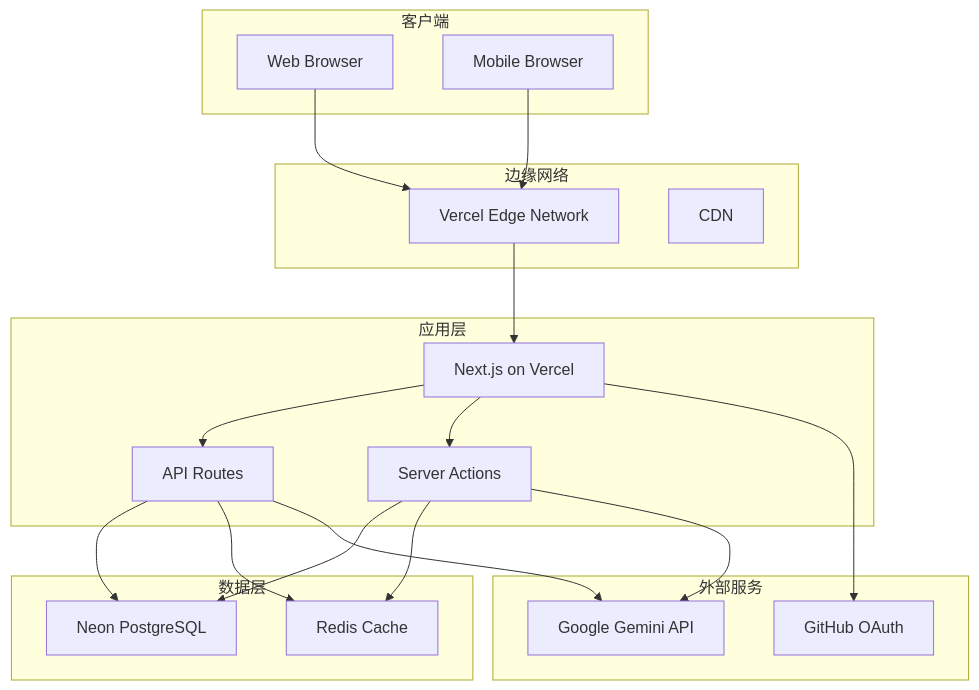
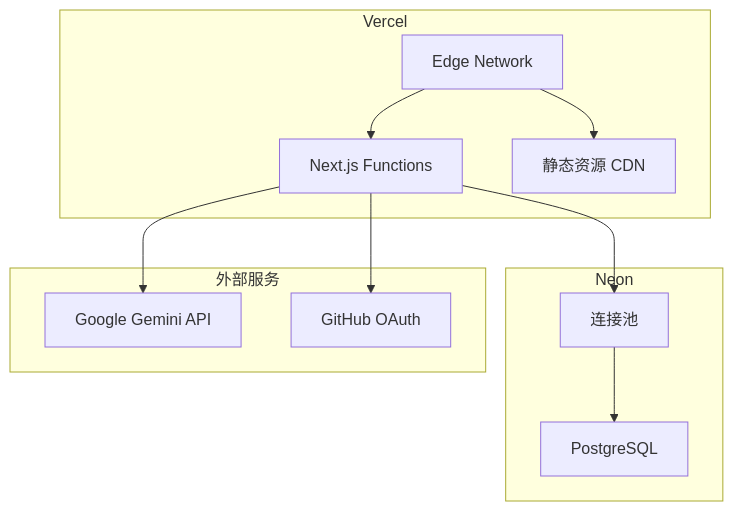
The fifth of 5 diagrams in docs/architecture.md (GeminiProjects/quizgen), drawn with Mermaid before and after one commit. The commit also changed other lines of this file and 5 other files, not shown here.

````diff
--- a/docs/architecture.md
+++ b/docs/architecture.md
@@ -292,41 +241,25 @@
 ```mermaid
 graph TB
-    subgraph "客户端"
-        A[Web Browser]
-        B[Mobile Browser]
+    subgraph Vercel
+        A[Edge Network]
+        B[Next.js Functions]
+        C[静态资源 CDN]
     end
     
-    subgraph "边缘网络"
-        C[Vercel Edge Network]
-        D[CDN]
+    subgraph Neon
+        D[PostgreSQL]
+        E[连接池]
     end
     
-    subgraph "应用层"
-        E[Next.js on Vercel]
-        F[API Routes]
-        G[Server Actions]
+    subgraph 外部服务
+        F[Google Gemini API]
+        G[GitHub OAuth]
     end
     
-    subgraph "数据层"
-        H[Neon PostgreSQL]
-        I[Redis Cache]
-    end
-    
-    subgraph "外部服务"
-        J[Google Gemini API]
-        K[GitHub OAuth]
-    end
-    
+    A --> B
     A --> C
-    B --> C
-    C --> E
-    E --> F
-    E --> G
-    F --> H
-    G --> H
-    F --> I
-    G --> I
-    F --> J
-    G --> J
-    E --> K
+    B --> E
+    E --> D
+    B --> F
+    B --> G
 ```
````
